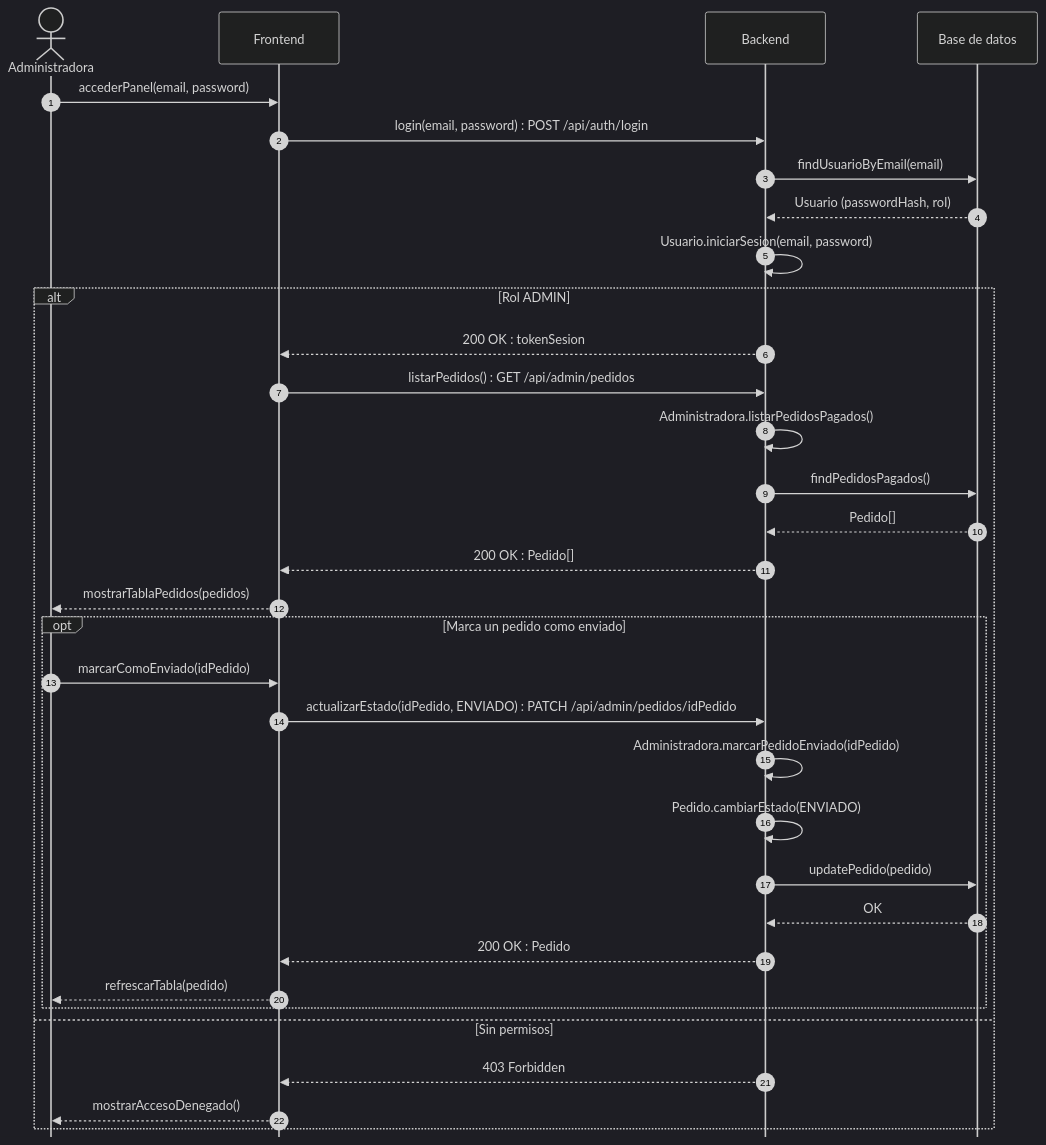
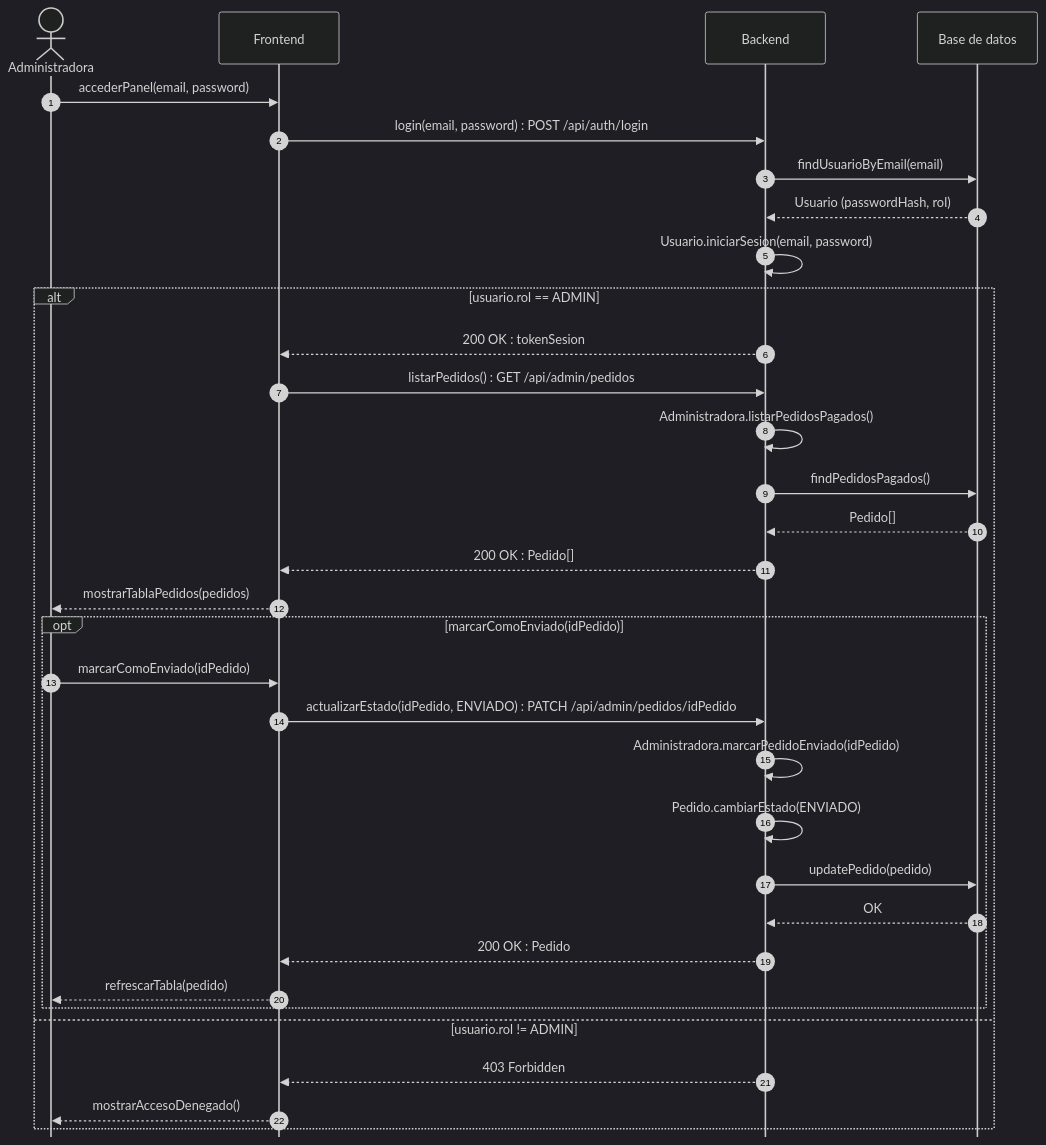
One commit to ajgarciarias10/PR3GPS changed the diagram in Practica3_G11_LaTeX/codigo/sec_us05.mmd. Above: the diagram before and after it, drawn with Mermaid (dark theme). The commit also changed 22 other files, not shown here.

```diff
--- a/Practica3_G11_LaTeX/codigo/sec_us05.mmd
+++ b/Practica3_G11_LaTeX/codigo/sec_us05.mmd
@@ -1,34 +1,34 @@
 %%{init: {'sequence': {'mirrorActors': false}}}%%
 sequenceDiagram
     autonumber
     actor U as Administradora
     participant FE as Frontend
     participant BE as Backend
     participant DB as Base de datos
     U->>FE: accederPanel(email, password)
     FE->>BE: login(email, password) : POST /api/auth/login
     BE->>DB: findUsuarioByEmail(email)
     DB-->>BE: Usuario (passwordHash, rol)
     BE->>BE: Usuario.iniciarSesion(email, password)
-    alt Rol ADMIN
+    alt usuario.rol == ADMIN
         BE-->>FE: 200 OK : tokenSesion
         FE->>BE: listarPedidos() : GET /api/admin/pedidos
         BE->>BE: Administradora.listarPedidosPagados()
         BE->>DB: findPedidosPagados()
         DB-->>BE: Pedido[]
         BE-->>FE: 200 OK : Pedido[]
         FE-->>U: mostrarTablaPedidos(pedidos)
-        opt Marca un pedido como enviado
+        opt marcarComoEnviado(idPedido)
             U->>FE: marcarComoEnviado(idPedido)
             FE->>BE: actualizarEstado(idPedido, ENVIADO) : PATCH /api/admin/pedidos/idPedido
             BE->>BE: Administradora.marcarPedidoEnviado(idPedido)
             BE->>BE: Pedido.cambiarEstado(ENVIADO)
             BE->>DB: updatePedido(pedido)
             DB-->>BE: OK
             BE-->>FE: 200 OK : Pedido
             FE-->>U: refrescarTabla(pedido)
         end
-    else Sin permisos
+    else usuario.rol != ADMIN
         BE-->>FE: 403 Forbidden
         FE-->>U: mostrarAccesoDenegado()
     end
```
